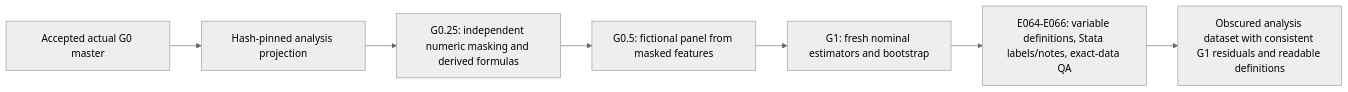
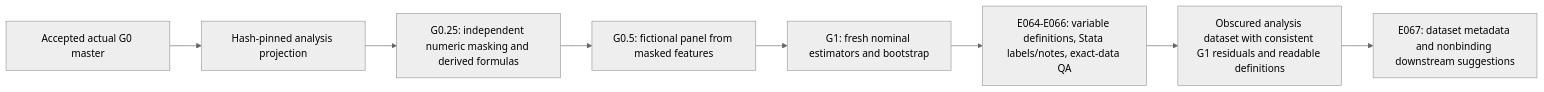
Before and after one commit to natanaelwgm/2026-kolega-den-bps-repo: the diagram in downstream/g025_to_g1/README.md, drawn with Mermaid (neutral theme). The commit also changed other lines of this file and 13 other files, not shown here.

Commit message:
Document final datasets with nonbinding downstream analysis guidance

````diff
--- a/downstream/g025_to_g1/README.md
+++ b/downstream/g025_to_g1/README.md
@@ -7,9 +7,10 @@
 ```mermaid
 flowchart LR
     G0[Accepted actual G0 master] --> P[Hash-pinned analysis projection]
     P --> M[G0.25: independent numeric masking and derived formulas]
     M --> I[G0.5: fictional panel from masked features]
     I --> G1[G1: fresh nominal estimators and bootstrap]
     G1 --> Metadata[E064-E066: variable definitions, Stata labels/notes, exact-data QA]
     Metadata --> Final[Obscured analysis dataset with consistent G1 residuals and readable definitions]
+    Final --> Guide[E067: dataset metadata and nonbinding downstream suggestions]
 ```
````
